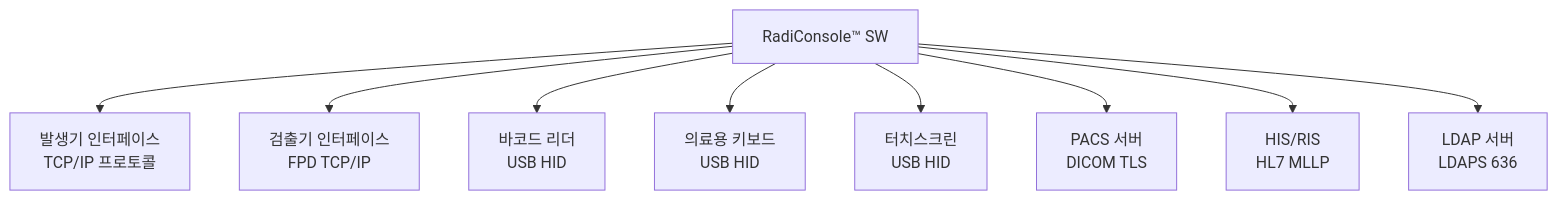
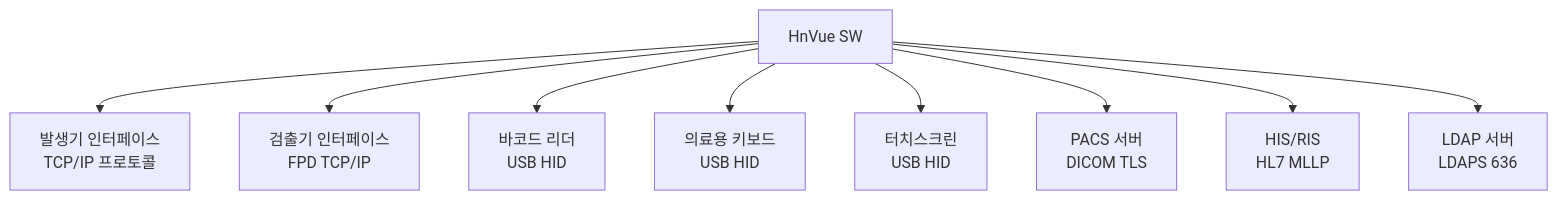
Before and after one commit to holee9/console-gui: the fourth of 7 diagrams in docs/testing/DOC-014_SystemTestPlan_v1.0.md, drawn with Mermaid. The commit also changed other lines of this file and 40 other files, not shown here.

````diff
--- a/docs/testing/DOC-014_SystemTestPlan_v1.0.md
+++ b/docs/testing/DOC-014_SystemTestPlan_v1.0.md
@@ -346,11 +346,11 @@
 ```mermaid
 graph TD
-    RC[RadiConsole™ SW] --> HW1[발생기 인터페이스\nTCP/IP 프로토콜]
+    RC[HnVue SW] --> HW1[발생기 인터페이스\nTCP/IP 프로토콜]
     RC --> HW2[검출기 인터페이스\nFPD TCP/IP]
     RC --> HW3[바코드 리더\nUSB HID]
     RC --> HW4[의료용 키보드\nUSB HID]
     RC --> HW5[터치스크린\nUSB HID]
     RC --> NET1[PACS 서버\nDICOM TLS]
     RC --> NET2[HIS/RIS\nHL7 MLLP]
     RC --> NET3[LDAP 서버\nLDAPS 636]
 ```
````
